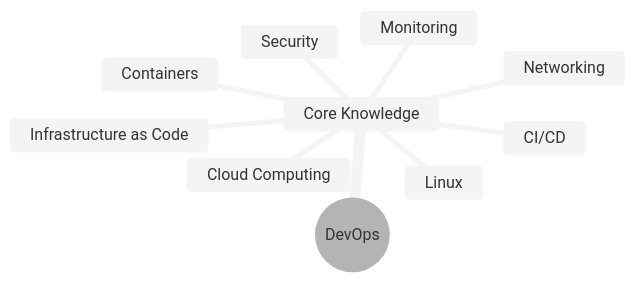
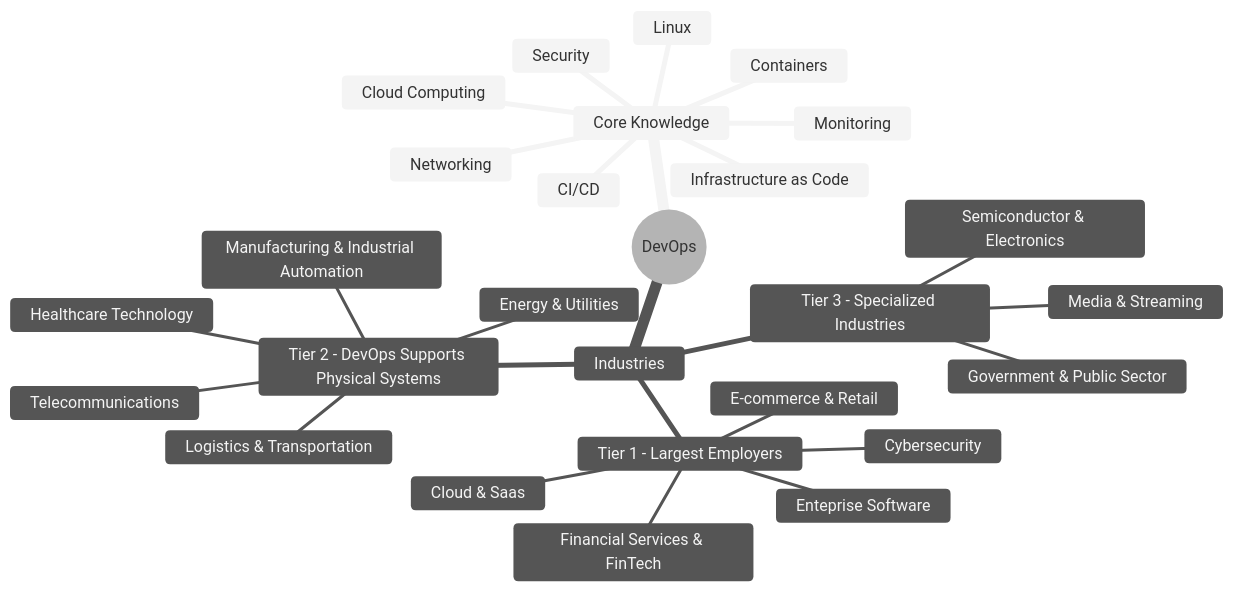
Before and after one commit to serajn/mindmaps: the diagram in devOps/devOps.md, drawn with Mermaid (neutral theme).

Commit message:
Updated main devOps chart. Added industries supported by devOps.

````diff
--- a/devOps/devOps.md
+++ b/devOps/devOps.md
@@ -1,14 +1,31 @@
 ```mermaid
 mindmap
   root((DevOps))
 
     Core Knowledge
       Linux
       Networking
       Cloud Computing
       Containers
       CI/CD
       Infrastructure as Code
       Monitoring
-      Security     
+      Security
+    Industries
+      Tier 1 - Largest Employers
+        Cloud & Saas
+        Enteprise Software
+        E-commerce & Retail
+        Financial Services & FinTech
+        Cybersecurity
+      Tier 2 - DevOps Supports Physical Systems
+        Manufacturing & Industrial Automation
+        Energy & Utilities
+        Telecommunications
+        Logistics & Transportation
+        Healthcare Technology
+      Tier 3 - Specialized Industries
+        Semiconductor & Electronics
+        Media & Streaming
+        Government & Public Sector     
 ```
````
